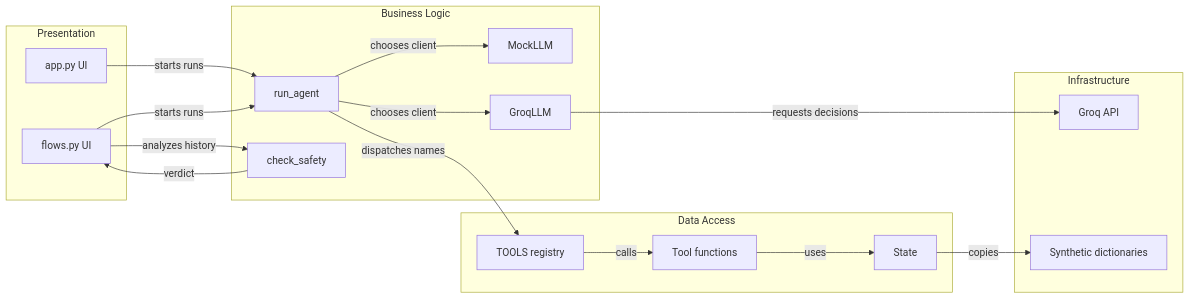
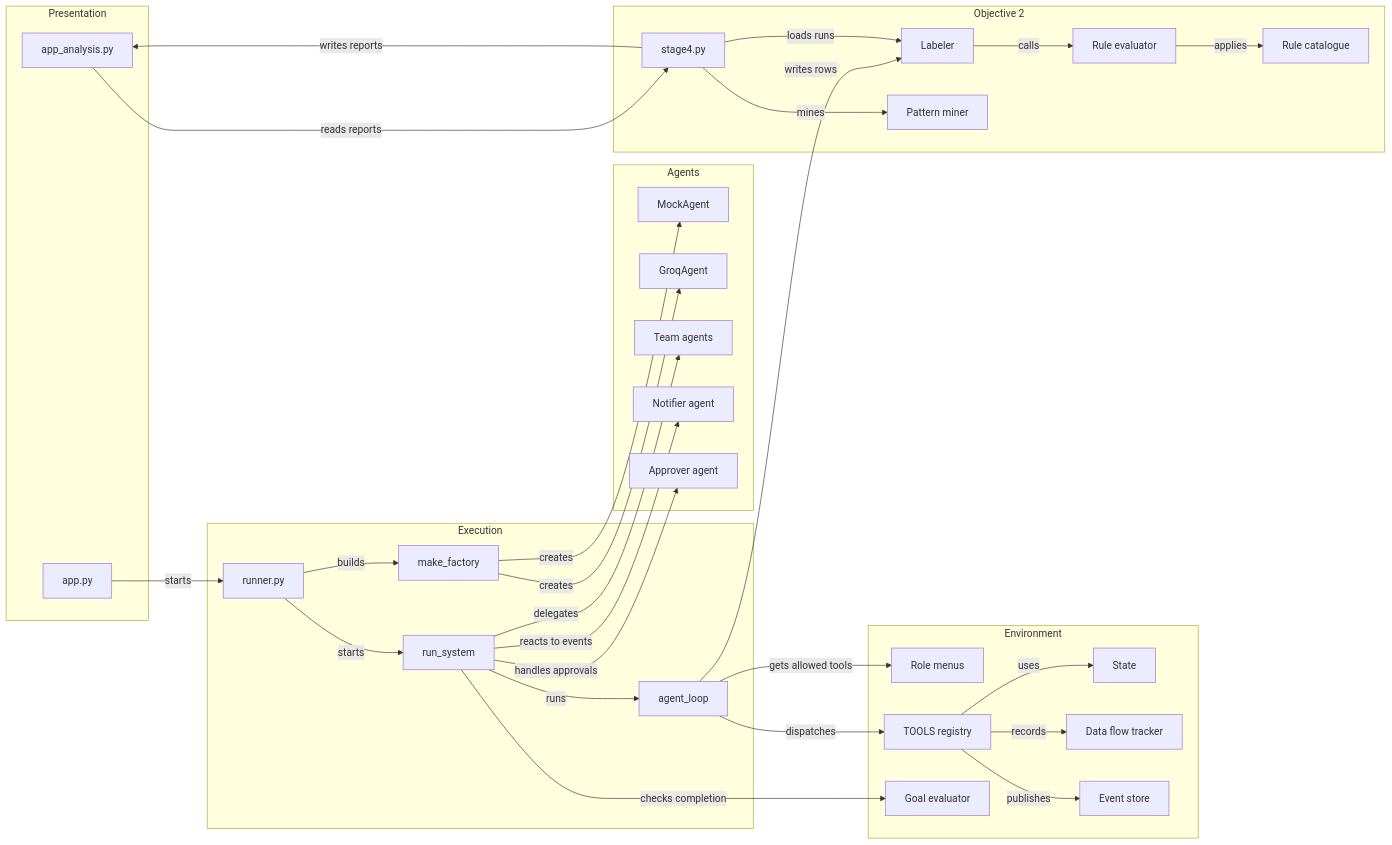
The second of 2 diagrams in .github/modernize/assessment/engines/facts/architecture-diagram.md (Govardhan18vk/Major-Project), drawn with Mermaid before and after one commit. The commit also changed other lines of this file and 28 other files, not shown here.

```diff
--- a/.github/modernize/assessment/engines/facts/architecture-diagram.md
+++ b/.github/modernize/assessment/engines/facts/architecture-diagram.md
@@ -83,34 +93,58 @@
 ~~~mermaid
 flowchart LR
     subgraph cPresentation["Presentation"]
-        cApp["app.py UI"]
-        cFlows["flows.py UI"]
+        cRunUI["app.py"]
+        cAnalysisUI["app_analysis.py"]
     end
-    subgraph cBusiness["Business Logic"]
-        cRun["run_agent"]
-        cMock["MockLLM"]
-        cGroq["GroqLLM"]
-        cSafety["check_safety"]
+    subgraph cExecution["Execution"]
+        cRunner["runner.py"]
+        cLoop["agent_loop"]
+        cFactory["make_factory"]
+        cSystem["run_system"]
     end
-    subgraph cData["Data Access"]
+    subgraph cAgents["Agents"]
+        cMock["MockAgent"]
+        cGroq["GroqAgent"]
+        cTeam["Team agents"]
+        cNotifier["Notifier agent"]
+        cApprover["Approver agent"]
+    end
+    subgraph cEnvironment["Environment"]
+        cMenus["Role menus"]
         cRegistry["TOOLS registry"]
-        cTools["Tool functions"]
         cState["State"]
+        cFlows["Data flow tracker"]
+        cEvents["Event store"]
+        cGoals["Goal evaluator"]
     end
-    subgraph cInfra["Infrastructure"]
-        cApi["Groq API"]
-        cMemory["Synthetic dictionaries"]
+    subgraph cEvaluation["Objective 2"]
+        cRules["Rule catalogue"]
+        cEvaluate["Rule evaluator"]
+        cLabel["Labeler"]
+        cStage["stage4.py"]
+        cPattern["Pattern miner"]
     end
 
-    cApp -->|"starts runs"| cRun
-    cFlows -->|"starts runs"| cRun
-    cRun -->|"chooses client"| cMock
-    cRun -->|"chooses client"| cGroq
-    cGroq -->|"requests decisions"| cApi
-    cRun -->|"dispatches names"| cRegistry
-    cRegistry -->|"calls"| cTools
-    cTools -->|"uses"| cState
-    cState -->|"copies"| cMemory
-    cFlows -->|"analyzes history"| cSafety
-    cSafety -->|"verdict"| cFlows
+    cRunUI -->|"starts"| cRunner
+    cAnalysisUI -->|"reads reports"| cStage
+    cRunner -->|"builds"| cFactory
+    cRunner -->|"starts"| cSystem
+    cSystem -->|"runs"| cLoop
+    cFactory -->|"creates"| cMock
+    cFactory -->|"creates"| cGroq
+    cSystem -->|"delegates"| cTeam
+    cSystem -->|"reacts to events"| cNotifier
+    cSystem -->|"handles approvals"| cApprover
+    cLoop -->|"gets allowed tools"| cMenus
+    cLoop -->|"dispatches"| cRegistry
+    cRegistry -->|"uses"| cState
+    cRegistry -->|"records"| cFlows
+    cRegistry -->|"publishes"| cEvents
+    cSystem -->|"checks completion"| cGoals
+    cLoop -->|"writes rows"| cLabel
+    cLabel -->|"calls"| cEvaluate
+    cEvaluate -->|"applies"| cRules
+    cStage -->|"loads runs"| cLabel
+    cStage -->|"mines"| cPattern
+    cStage -->|"writes reports"| cAnalysisUI
 ~~~
```
